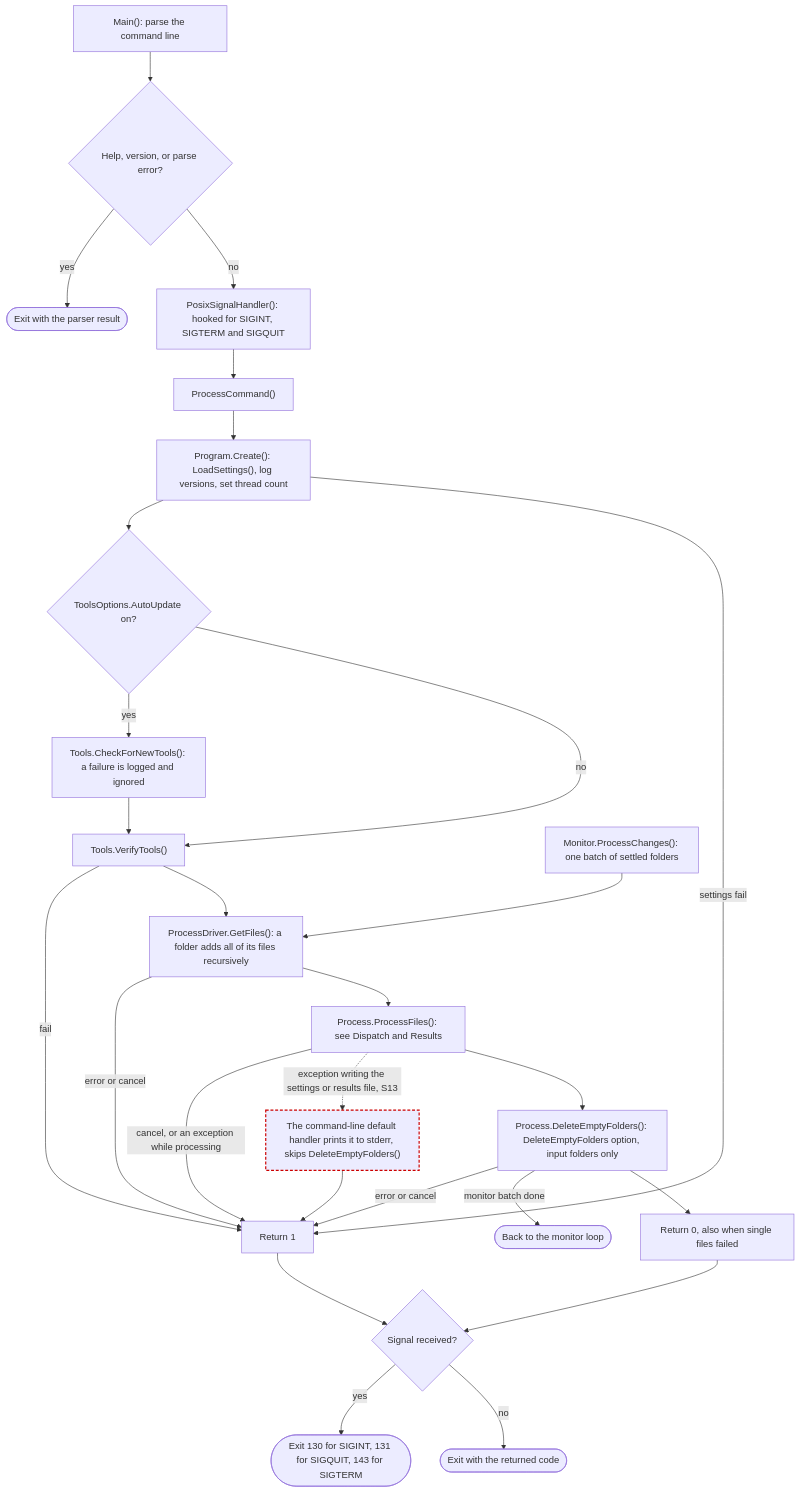
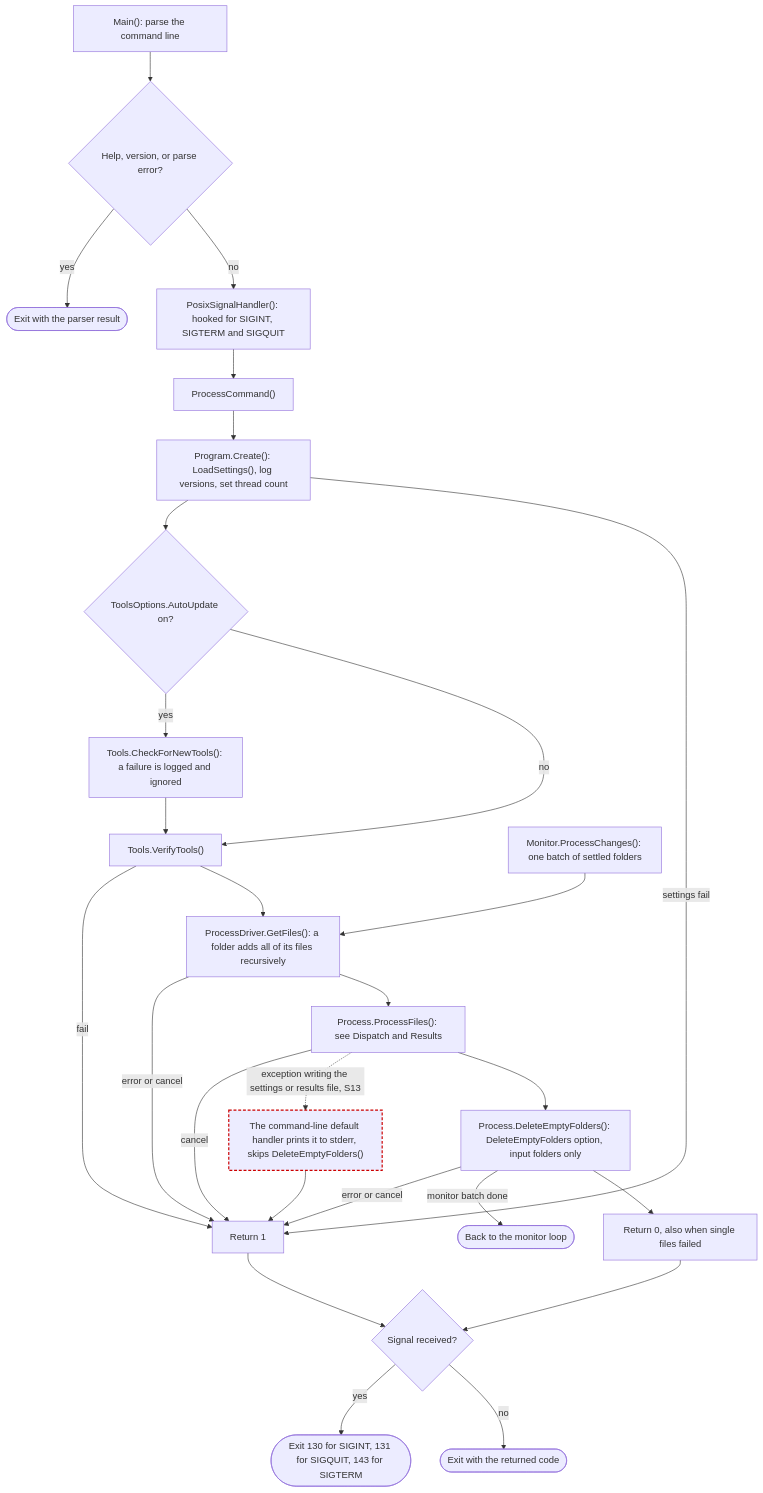
The first of 11 diagrams in ARCHITECTURE.md (ptr727/PlexCleaner), drawn with Mermaid before and after one commit. The commit also changed other lines of this file and 4 other files, not shown here.

````diff
--- a/ARCHITECTURE.md
+++ b/ARCHITECTURE.md
@@ -227,30 +227,30 @@
 ```mermaid
 flowchart TD
   A["Main(): parse the command line"] --> A1{"Help, version, or parse error?"}
   A1 -->|yes| AX(["Exit with the parser result"])
   A1 -->|no| A2["PosixSignalHandler(): hooked for SIGINT, SIGTERM and SIGQUIT"]
   A2 --> B["ProcessCommand()"]
   B --> C["Program.Create(): LoadSettings(), log versions, set thread count"]
   C --> C1{"ToolsOptions.AutoUpdate on?"}
   C1 -->|yes| C2["Tools.CheckForNewTools(): a failure is logged and ignored"]
   C1 -->|no| C3
   C2 --> C3["Tools.VerifyTools()"]
   C --> |settings fail| R1
   C3 -->|fail| R1["Return 1"]
   C3 --> D["ProcessDriver.GetFiles(): a folder adds all of its files recursively"]
   MON["Monitor.ProcessChanges(): one batch of settled folders"] --> D
   D -->|error or cancel| R1
   D --> F["Process.ProcessFiles(): see Dispatch and Results"]
-  F -->|"cancel, or an exception while processing"| R1
+  F -->|cancel| R1
   F -.->|"exception writing the settings or results file, S13"| CRASH["The command-line default handler prints it to stderr, skips DeleteEmptyFolders()"]:::suspect
   CRASH --> R1
   F --> G["Process.DeleteEmptyFolders(): DeleteEmptyFolders option, input folders only"]
   G -->|error or cancel| R1
   G -->|"monitor batch done"| MON2(["Back to the monitor loop"])
   G --> R0["Return 0, also when single files failed"]
   R0 --> S{"Signal received?"}
   R1 --> S
   S -->|yes| ES(["Exit 130 for SIGINT, 131 for SIGQUIT, 143 for SIGTERM"])
   S -->|no| EN(["Exit with the returned code"])
   classDef suspect stroke:#c00,stroke-width:2px,stroke-dasharray:5 3
 ```
````
